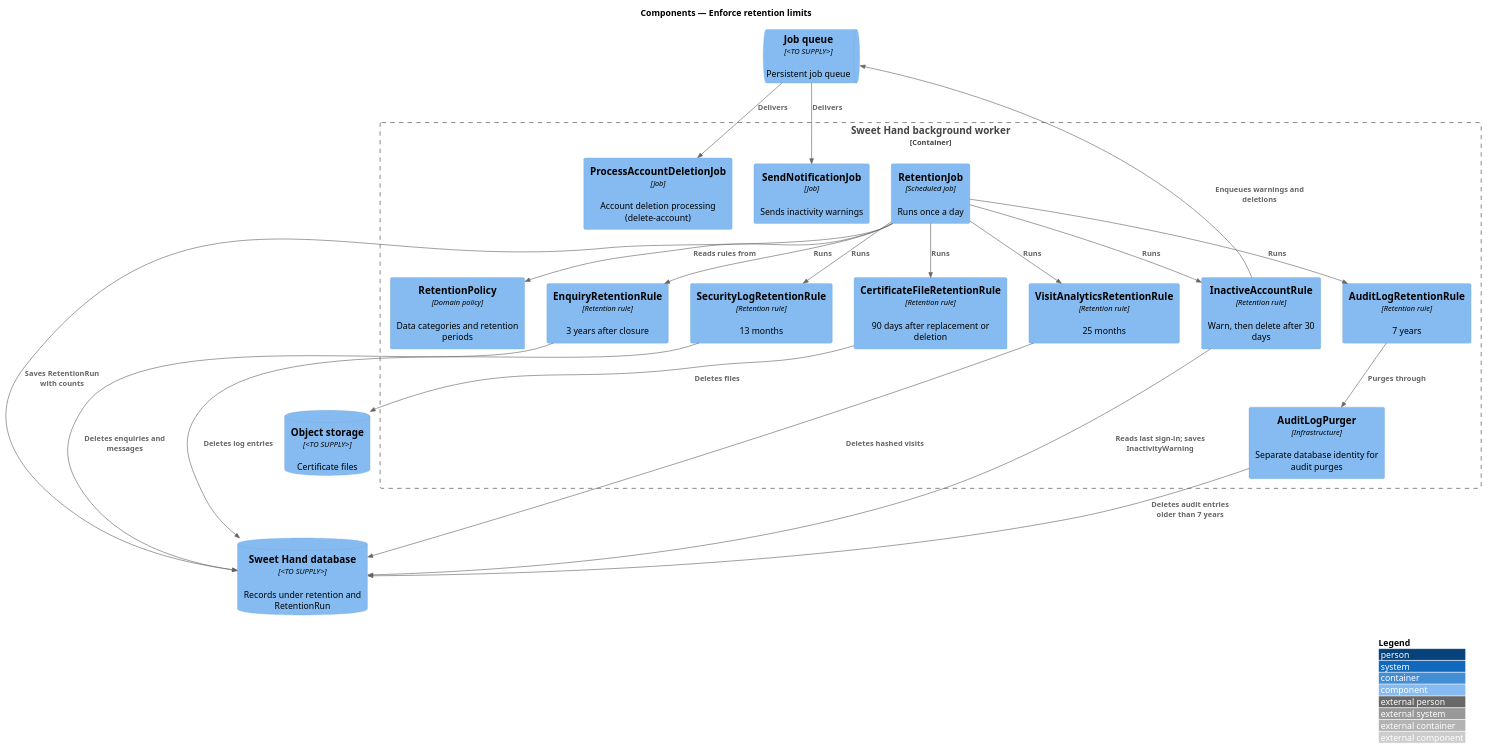
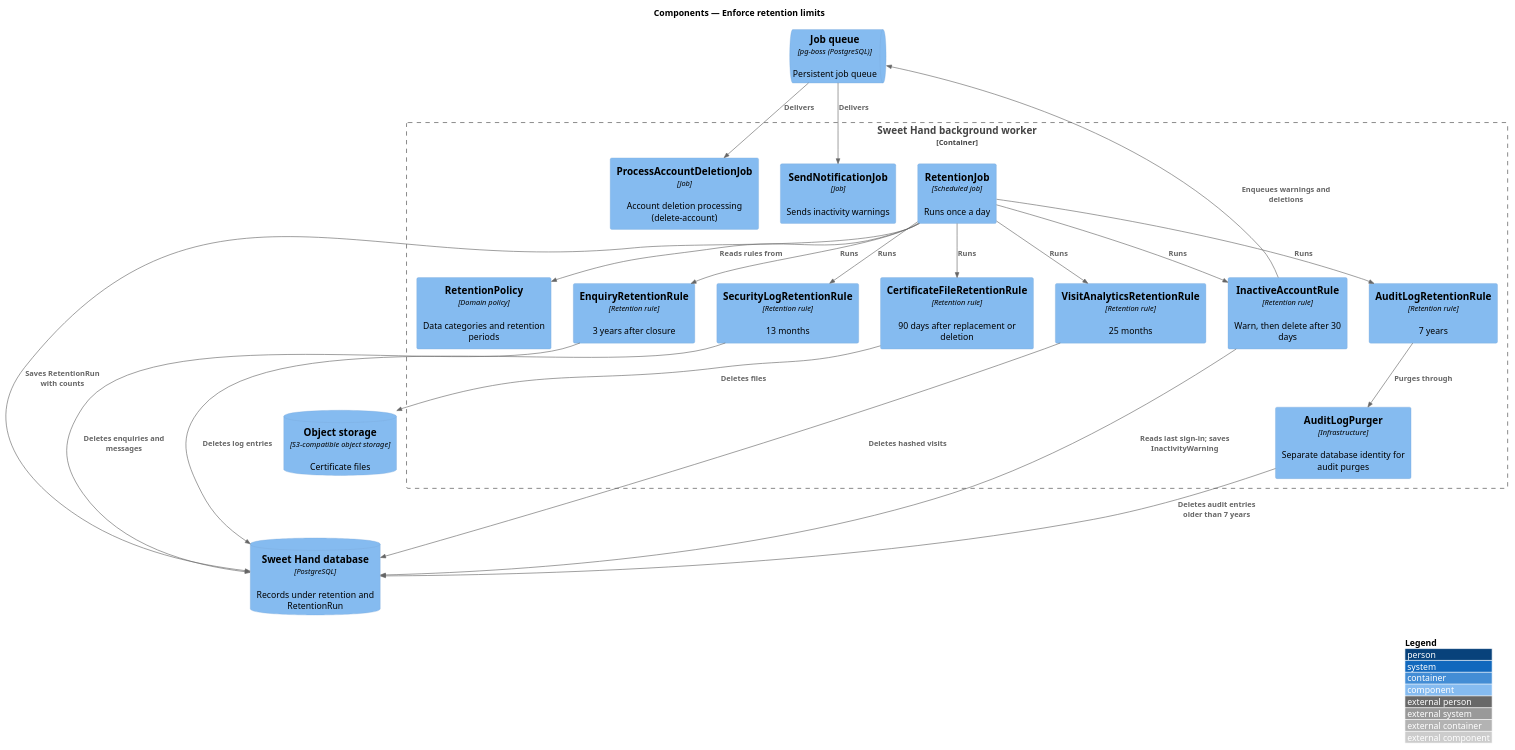
The diagram in docs/detailed-designs/privacy/enforce-retention/diagrams/c4-component.puml (QuinntyneBrown/sweet-hand), drawn with PlantUML before and after one commit. The commit also changed 34 other files, not shown here.

```diff
--- a/docs/detailed-designs/privacy/enforce-retention/diagrams/c4-component.puml
+++ b/docs/detailed-designs/privacy/enforce-retention/diagrams/c4-component.puml
@@ -1,42 +1,42 @@
 @startuml
 !include <C4/C4_Component>
 LAYOUT_WITH_LEGEND()
 title Components — Enforce retention limits
 
 Container_Boundary(worker, "Sweet Hand background worker") {
   Component(job, "RetentionJob", "Scheduled job", "Runs once a day")
   Component(policy, "RetentionPolicy", "Domain policy", "Data categories and retention periods")
   Component(enquiryRule, "EnquiryRetentionRule", "Retention rule", "3 years after closure")
   Component(accountRule, "InactiveAccountRule", "Retention rule", "Warn, then delete after 30 days")
   Component(securityRule, "SecurityLogRetentionRule", "Retention rule", "13 months")
   Component(certRule, "CertificateFileRetentionRule", "Retention rule", "90 days after replacement or deletion")
   Component(auditRule, "AuditLogRetentionRule", "Retention rule", "7 years")
   Component(visitRule, "VisitAnalyticsRetentionRule", "Retention rule", "25 months")
   Component(deletion, "ProcessAccountDeletionJob", "Job", "Account deletion processing (delete-account)")
   Component(notify, "SendNotificationJob", "Job", "Sends inactivity warnings")
   Component(purger, "AuditLogPurger", "Infrastructure", "Separate database identity for audit purges")
 }
 
-ComponentDb(db, "Sweet Hand database", "<TO SUPPLY>", "Records under retention and RetentionRun")
-ComponentDb(storage, "Object storage", "<TO SUPPLY>", "Certificate files")
-ComponentQueue(queue, "Job queue", "<TO SUPPLY>", "Persistent job queue")
+ComponentDb(db, "Sweet Hand database", "PostgreSQL", "Records under retention and RetentionRun")
+ComponentDb(storage, "Object storage", "S3-compatible object storage", "Certificate files")
+ComponentQueue(queue, "Job queue", "pg-boss (PostgreSQL)", "Persistent job queue")
 
 Rel(job, policy, "Reads rules from")
 Rel(job, enquiryRule, "Runs")
 Rel(job, accountRule, "Runs")
 Rel(job, securityRule, "Runs")
 Rel(job, certRule, "Runs")
 Rel(job, auditRule, "Runs")
 Rel(job, visitRule, "Runs")
 Rel(job, db, "Saves RetentionRun with counts")
 Rel(enquiryRule, db, "Deletes enquiries and messages")
 Rel(accountRule, db, "Reads last sign-in; saves InactivityWarning")
 Rel(accountRule, queue, "Enqueues warnings and deletions")
 Rel(securityRule, db, "Deletes log entries")
 Rel(certRule, storage, "Deletes files")
 Rel(auditRule, purger, "Purges through")
 Rel(purger, db, "Deletes audit entries older than 7 years")
 Rel(visitRule, db, "Deletes hashed visits")
 Rel(queue, deletion, "Delivers")
 Rel(queue, notify, "Delivers")
 @enduml
```
